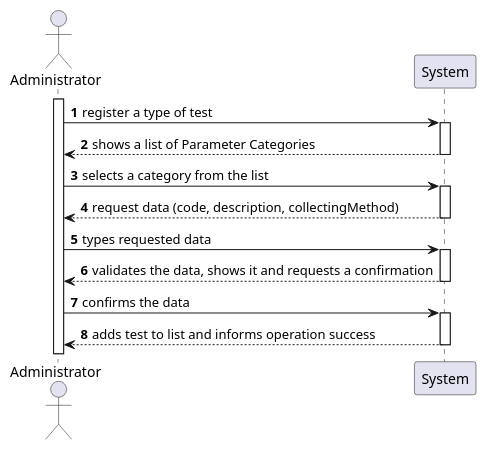
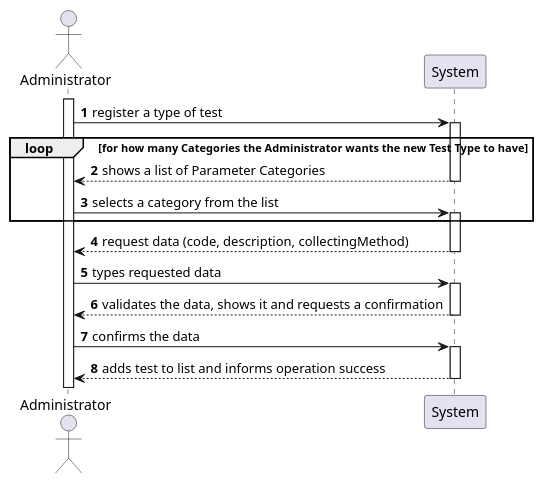
One commit to 0franciscor/lei-21-s2-1de-g19 changed the diagram in docs/SprintC/US09/US09-SSD.puml. Above: the diagram before and after it, drawn with PlantUML. The commit also changed 3 other files, not shown here.

Commit message:
[US09] - Alteração dos diagramas (SSD e SD) referentes à US9

```diff
--- a/docs/SprintC/US09/US09-SSD.puml
+++ b/docs/SprintC/US09/US09-SSD.puml
@@ -1,18 +1,20 @@
 @startuml
 'https://plantuml.com/sequence-diagram
 
 autonumber
 
 actor "Administrator" as admin
 activate admin
 
 admin -> System ++: register a type of test
+loop for how many Categories the Administrator wants the new Test Type to have
 System --> admin --: shows a list of Parameter Categories
 admin -> System ++: selects a category from the list
+end
 System -->  admin --: request data (code, description, collectingMethod)
 admin ->  System ++: types requested data
 System --> admin --: validates the data, shows it and requests a confirmation
 admin -> System ++: confirms the data
 System --> admin --: adds test to list and informs operation success
 
 @enduml
```
